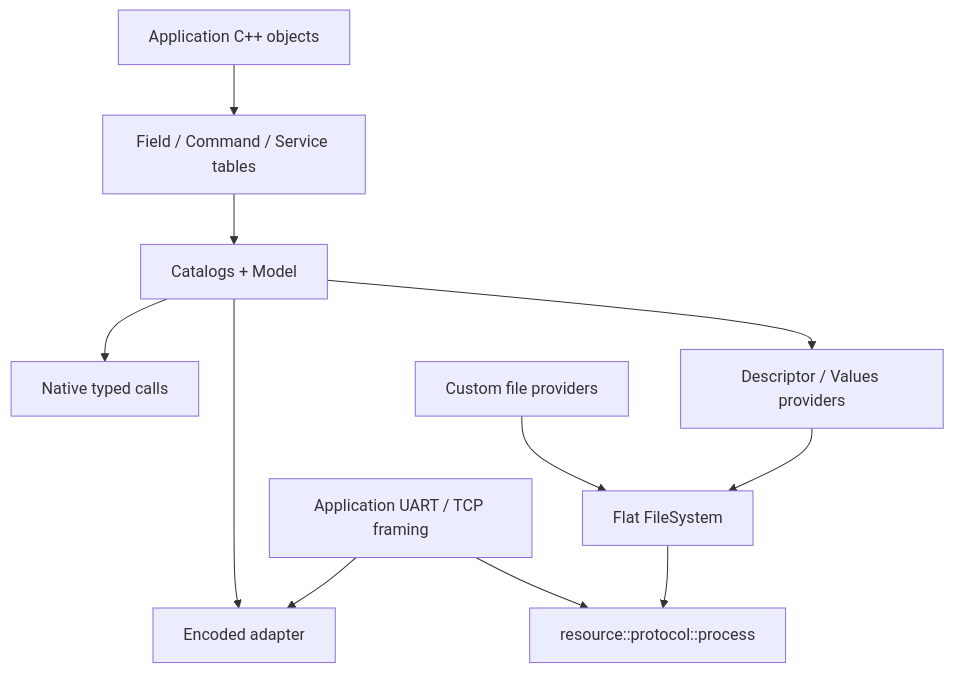
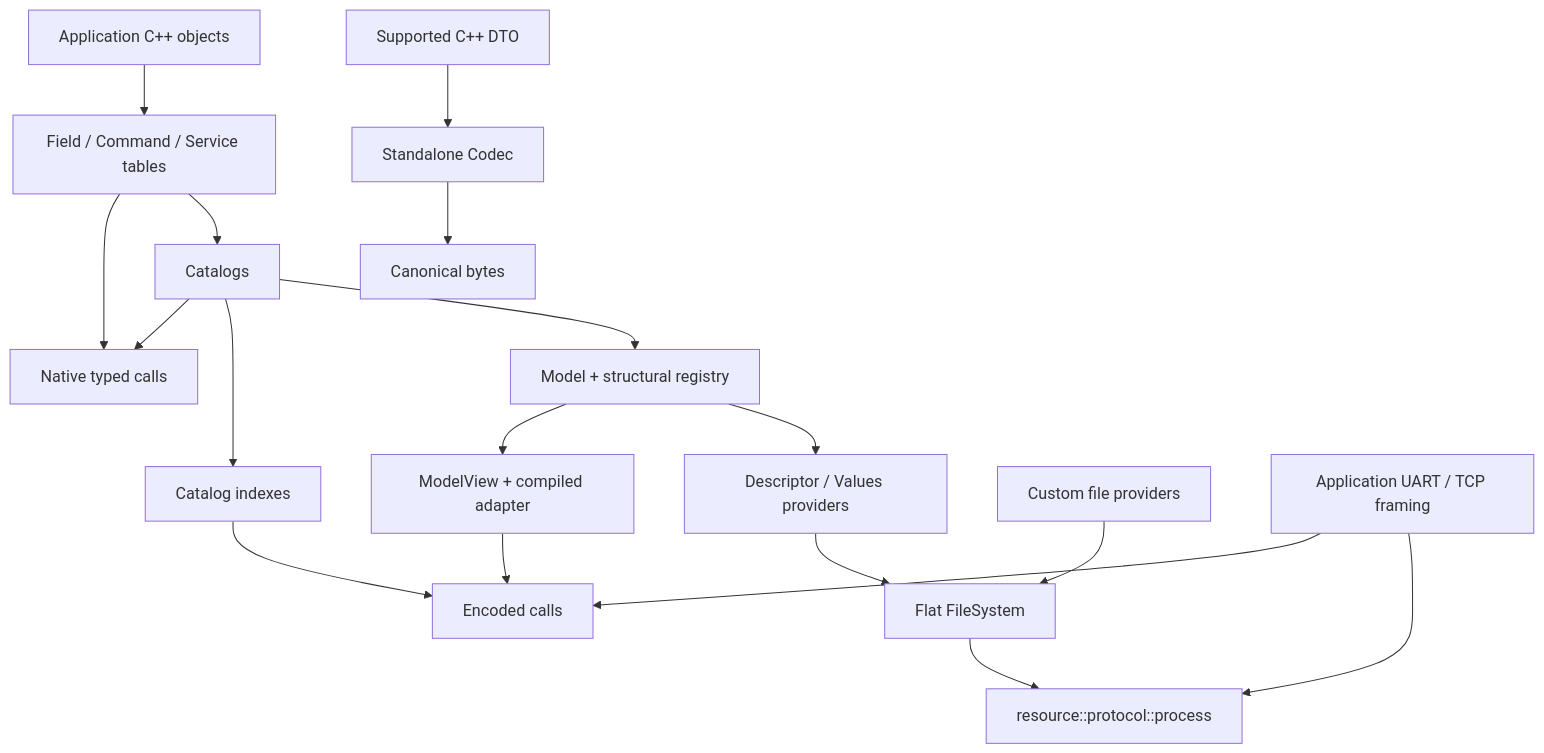
The diagram in doc/user/README.md (shpegun60/telemetry), drawn with Mermaid before and after one commit. The commit also changed other lines of this file and 22 other files, not shown here.

````diff
--- a/doc/user/README.md
+++ b/doc/user/README.md
@@ -72,13 +81,20 @@
 ```mermaid
 flowchart TD
     A[Application C++ objects] --> B[Field / Command / Service tables]
-    B --> C[Catalogs + Model]
-    C --> D[Native typed calls]
-    C --> E[Encoded adapter]
-    C --> F[Descriptor / Values providers]
+    B --> D[Native typed calls]
+    B --> C[Catalogs]
+    C --> D
+    C --> K[Catalog indexes]
+    K --> E[Encoded calls]
+    C --> M[Model + structural registry]
+    M --> V[ModelView + compiled adapter]
+    V --> E
+    M --> F[Descriptor / Values providers]
     G[Custom file providers] --> H[Flat FileSystem]
     F --> H
     H --> I[resource::protocol::process]
     J[Application UART / TCP framing] --> E
     J --> I
+    X[Supported C++ DTO] --> Y[Standalone Codec]
+    Y --> Z[Canonical bytes]
 ```
````
